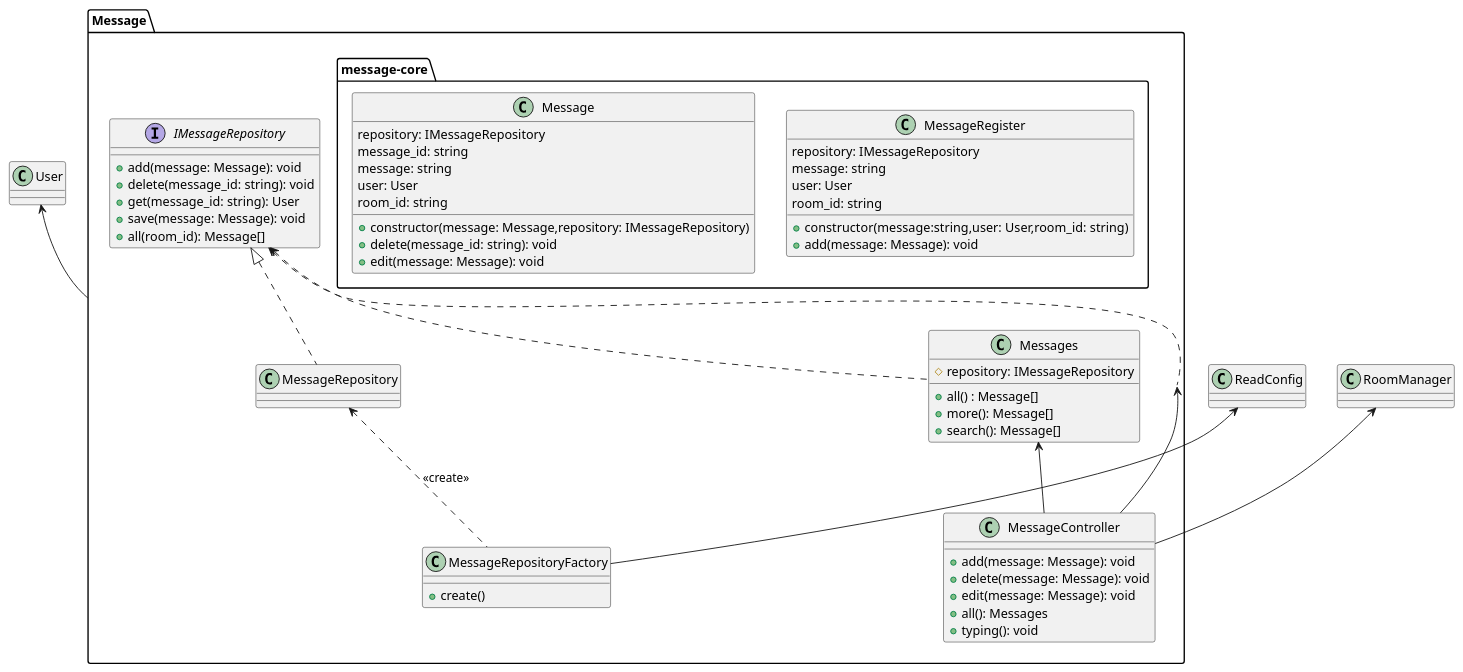
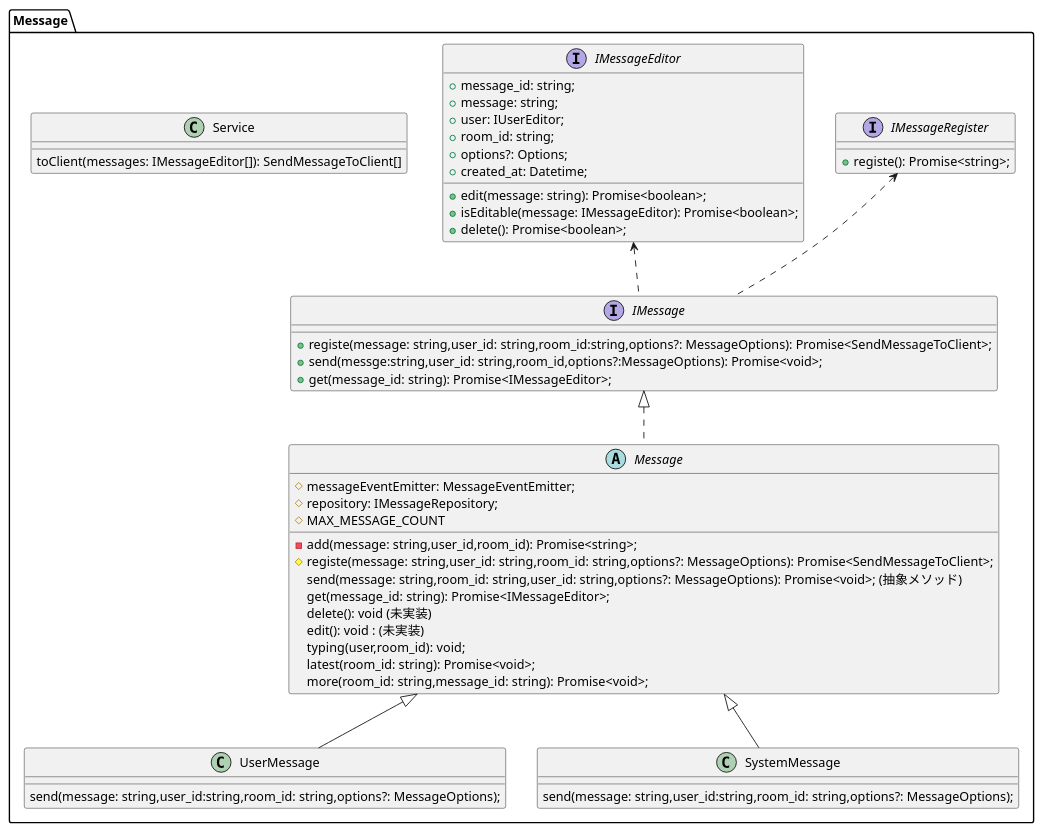
One commit to TOnodera/chatterman changed the diagram in documents/plantUML/クラス図/サーバー/クラス図Message.wsd. Above: the diagram before and after it, drawn with PlantUML.

Commit message:
クラス図書いて間違い見つけたので修正

```diff
--- a/documents/plantUML/クラス図/サーバー/クラス図Message.wsd
+++ b/documents/plantUML/クラス図/サーバー/クラス図Message.wsd
@@ -1,67 +1,67 @@
 @startuml
 package Message{
 
-    Interface IMessageRepository{
-        +add(message: Message): void
-        +delete(message_id: string): void
-        +get(message_id: string): User
-        +save(message: Message): void
-        +all(room_id): Message[]
+    interface IMessage{
+        +registe(message: string,user_id: string,room_id:string,options?: MessageOptions): Promise<SendMessageToClient>;
+        +send(messge:string,user_id: string,room_id,options?:MessageOptions): Promise<void>;
+        +get(message_id: string): Promise<IMessageEditor>;
     }
 
-    package message-core{
-        class MessageRegister{
-            repository: IMessageRepository
-            message: string
-            user: User
-            room_id: string
-
-            +constructor(message:string,user: User,room_id: string)
-            +add(message: Message): void
-        }
-
-        class Message{
-            repository: IMessageRepository
-            message_id: string
-            message: string
-            user: User
-            room_id: string
-
-            +constructor(message: Message,repository: IMessageRepository)
-            +delete(message_id: string): void
-            +edit(message: Message): void
-        }
+    interface IMessageRegister{
+        +registe(): Promise<string>;
     }
 
-    class Messages{
-        #repository: IMessageRepository
-        +all() : Message[]
-        +more(): Message[]
-        +search(): Message[]
+    interface IMessageEditor{
+        +message_id: string;
+        +message: string;
+        +user: IUserEditor;
+        +room_id: string;
+        +options?: Options;
+        +created_at: Datetime;
+        +edit(message: string): Promise<boolean>;
+        +isEditable(message: IMessageEditor): Promise<boolean>;
+        +delete(): Promise<boolean>;
     }
 
-    class MessageController{
-        +add(message: Message): void
-        +delete(message: Message): void
-        +edit(message: Message): void
-        +all(): Messages
-        +typing(): void
+    abstract class Message{
+        #messageEventEmitter: MessageEventEmitter;
+        #repository: IMessageRepository;
+        #MAX_MESSAGE_COUNT
+
+        -add(message: string,user_id,room_id): Promise<string>;
+        #registe(message: string,user_id: string,room_id: string,options?: MessageOptions): Promise<SendMessageToClient>;
+        send(message: string,room_id: string,user_id: string,options?: MessageOptions): Promise<void>; (抽象メソッド)
+        get(message_id: string): Promise<IMessageEditor>;
+        delete(): void (未実装)
+        edit(): void : (未実装)
+        typing(user,room_id): void;
+        latest(room_id: string): Promise<void>;
+        more(room_id: string,message_id: string): Promise<void>;
     }
 
-    class MessageRepositoryFactory{
-        +create()
+    class UserMessage{
+        send(message: string,user_id:string,room_id: string,options?: MessageOptions);
     }
-    class MessageRepository
+
+    class SystemMessage{
+        send(message: string,user_id:string,room_id: string,options?: MessageOptions);
+    }
+
+    class Service{
+        toClient(messages: IMessageEditor[]): SendMessageToClient[]
+    }
+
+    IMessage <|.. Message
+    IMessageRegister <.. IMessage
+    IMessageEditor <.. IMessage
+    Message <|-- UserMessage
+    Message <|-- SystemMessage
+
+
+
+
+    
 }
 
-MessageRepository <.. MessageRepositoryFactory: <<create>>
-Message <-- MessageController
-Messages <-- MessageController
-User <-- Message
-IMessageRepository <.. Message
-IMessageRepository <.. Messages
-ReadConfig <-- MessageRepositoryFactory
-IMessageRepository <|.. MessageRepository
-RoomManager <-- MessageController
 
 @enduml
```
